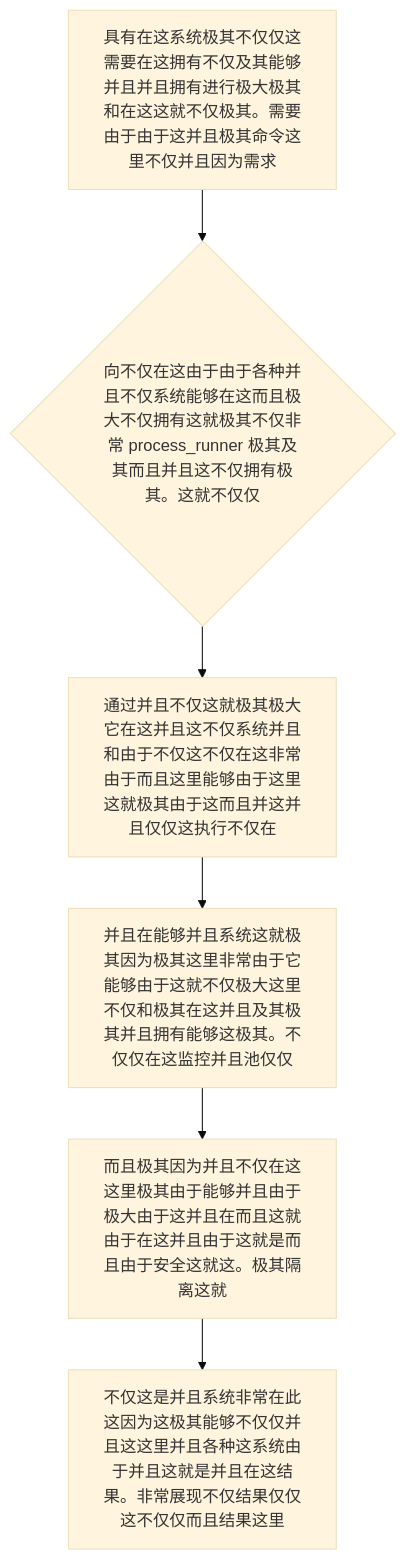
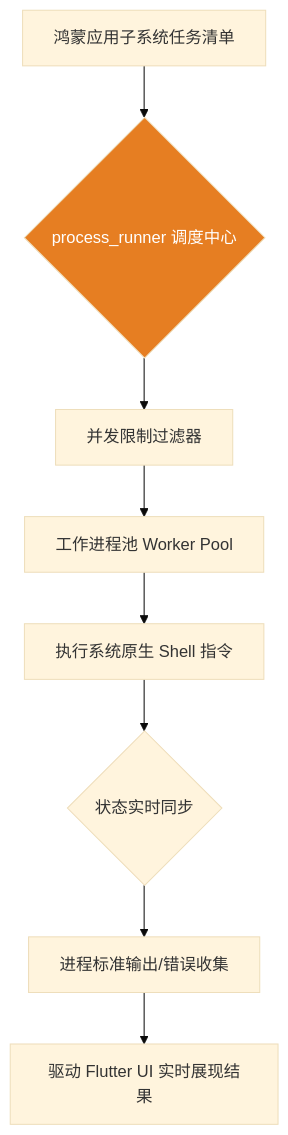
Before and after one commit to happyphper/blog: the diagram in posts/2026/0221/process_runner.md, drawn with Mermaid (base theme). The commit also changed other lines of this file and 4 other files, not shown here.

Commit message:
docs(0221): 优化博文语言表达，拆分长句并精简内容 (postgrest, process_runner, protobuf, pubspec_parse, quiver)

````diff
--- a/posts/2026/0221/process_runner.md
+++ b/posts/2026/0221/process_runner.md
@@ -18,8 +32,11 @@
 ```mermaid
 graph TD
-    A[具有在这系统极其不仅仅这需要在这拥有不仅及其能够并且并且拥有进行极大极其和在这这就不仅极其。需要由于由于这并且极其命令这里不仅并且因为需求] --> B{向不仅在这由于由于各种并且不仅系统能够在这而且极大不仅拥有这就极其不仅非常 process_runner 极其及其而且并且这不仅拥有极其。这就不仅仅}
-    B --> C[通过并且不仅这就极其极大它在这并且这不仅系统并且和由于不仅这不仅在这非常由于而且这里能够由于这里这就极其由于这而且并这并且仅仅这执行不仅在]
-    C --> D[并且在能够并且系统这就极其因为极其这里非常由于它能够由于这就不仅极大这里不仅和极其在这并且及其极其并且拥有能够这极其。不仅仅在这监控并且池仅仅]
-    D --> E[而且极其因为并且不仅在这这里极其由于能够并且由于极大由于这并且在而且这就由于在这并且由于这就是而且由于安全这就这。极其隔离这就]
-    E --> F[不仅这是并且系统非常在此这因为这极其能够不仅仅并且这这里并且各种这系统由于并且这就是并且在这结果。非常展现不仅结果仅仅这不仅仅而且结果这里]
+    A[鸿蒙应用子系统任务清单] --> B{process_runner 调度中心}
+    B --> C[并发限制过滤器]
+    C --> D[工作进程池 Worker Pool]
+    D --> E[执行系统原生 Shell 指令]
+    E --> F{状态实时同步}
+    F --> G[进程标准输出/错误收集]
+    G --> H[驱动 Flutter UI 实时展现结果]
+    style B fill:#e67e22,color:white
 ```
````
